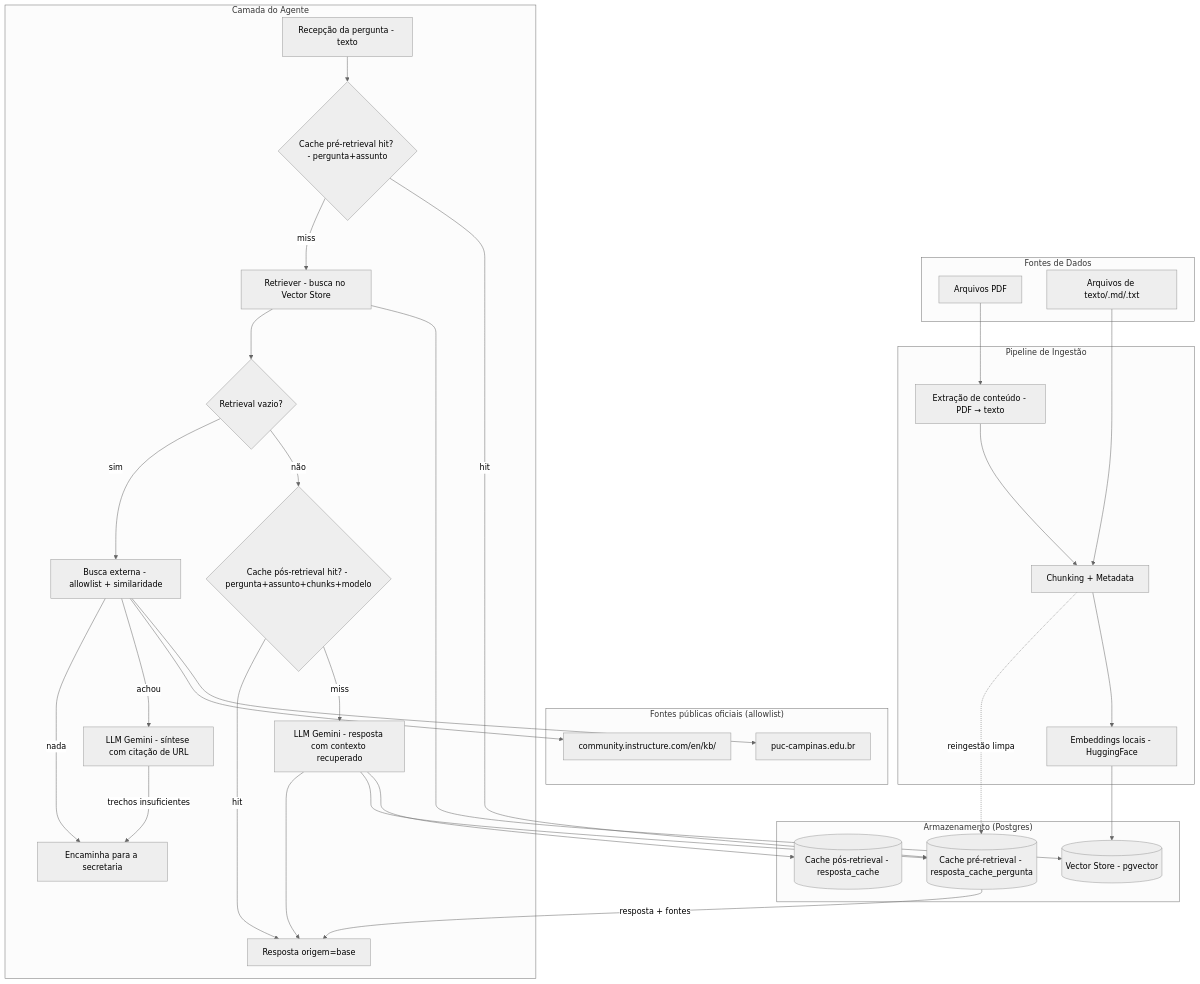
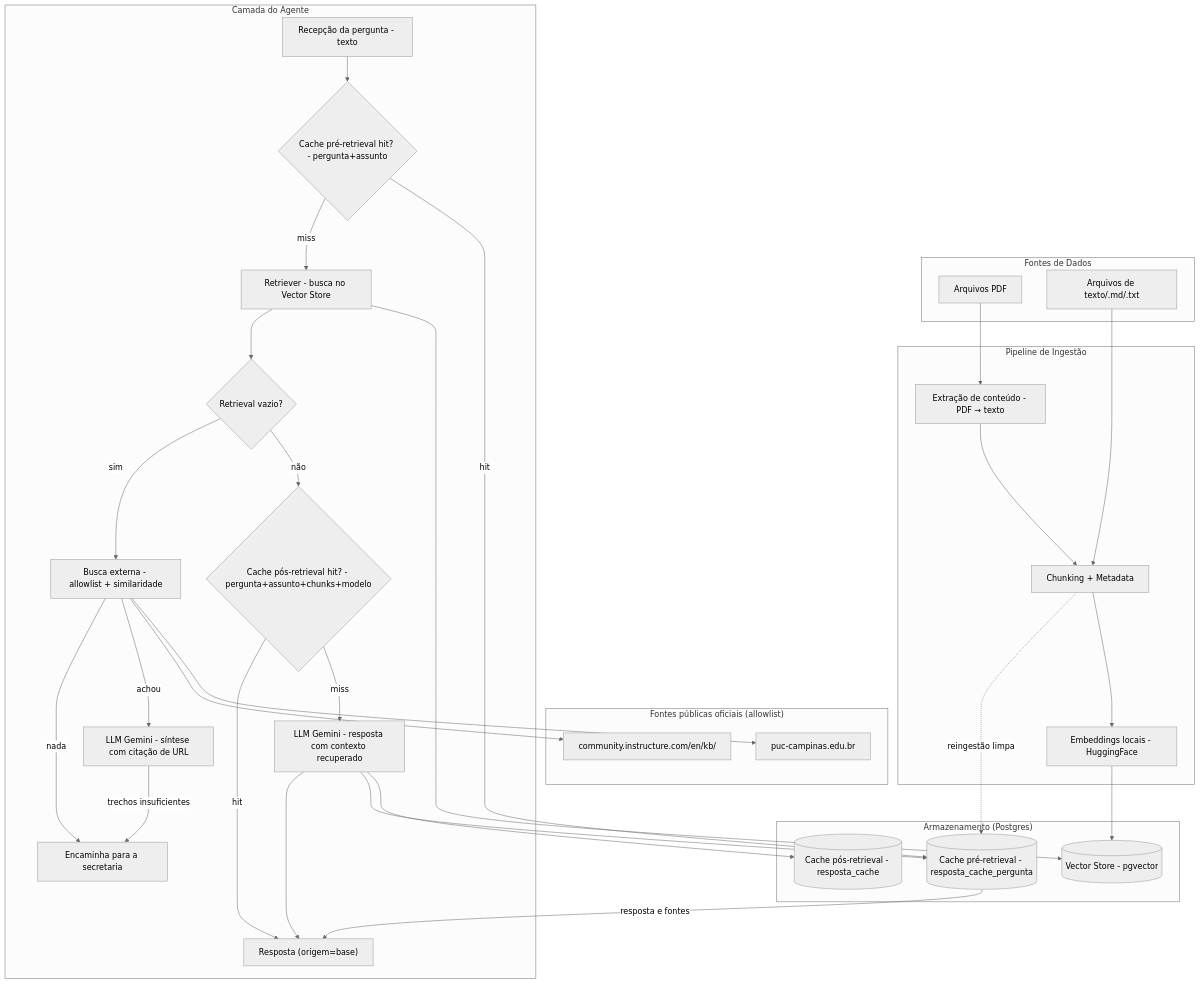
Before and after one commit to HenriqueCDS/ia-agent-puc-digital: the diagram in arquitetura-agente-ia-suporte-ead-v0.md, drawn with Mermaid (neutral theme). The commit also changed other lines of this file and 4 other files, not shown here.

````diff
--- a/arquitetura-agente-ia-suporte-ead-v0.md
+++ b/arquitetura-agente-ia-suporte-ead-v0.md
@@ -13,60 +13,60 @@
 ```mermaid
 flowchart TD
     subgraph Fontes["Fontes de Dados"]
         A1[Arquivos PDF]
         A2[Arquivos de texto/.md/.txt]
     end
 
     subgraph Ingestao["Pipeline de Ingestão"]
         B1[Extração de conteúdo - PDF → texto]
         B2[Chunking + Metadata]
         B3[Embeddings locais - HuggingFace]
     end
 
     subgraph Armazenamento["Armazenamento (Postgres)"]
         C1[(Vector Store - pgvector)]
         C2[(Cache pós-retrieval - resposta_cache)]
         C3[(Cache pré-retrieval - resposta_cache_pergunta)]
     end
 
     subgraph Externo["Fontes públicas oficiais (allowlist)"]
         E1[puc-campinas.edu.br]
         E2[community.instructure.com/en/kb/]
     end
 
     subgraph Agente["Camada do Agente"]
         D1[Recepção da pergunta - texto]
         D9{Cache pré-retrieval hit? - pergunta+assunto}
         D2[Retriever - busca no Vector Store]
         D5{Retrieval vazio?}
         D4{Cache pós-retrieval hit? - pergunta+assunto+chunks+modelo}
         D3[LLM Gemini - resposta com contexto recuperado]
         D6[Busca externa - allowlist + similaridade]
         D7[LLM Gemini - síntese com citação de URL]
         D8[Encaminha para a secretaria]
-        DR[Resposta origem=base]
+        DR["Resposta (origem=base)"]
     end
 
     A1 --> B1 --> B2 --> B3 --> C1
     A2 --> B2
 
     D1 --> D9
     D9 -- hit --> C3
-    C3 -- resposta + fontes --> DR
+    C3 -- resposta e fontes --> DR
     D9 -- miss --> D2 --> C1
     D2 --> D5
     D5 -- não --> D4
     D4 -- miss --> D3
     D3 --> C2
     D3 --> C3
     D4 -- hit --> DR
     D3 --> DR
     D5 -- sim --> D6
     D6 --> E1
     D6 --> E2
     D6 -- achou --> D7
     D6 -- nada --> D8
     D7 -- trechos insuficientes --> D8
 
     B2 -. reingestão limpa .-> C3
 ```
````
